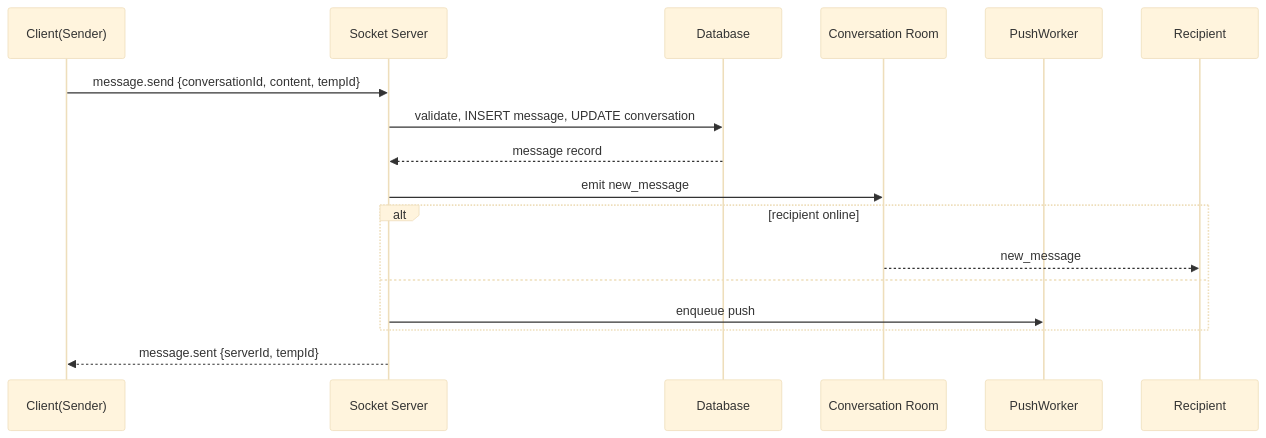
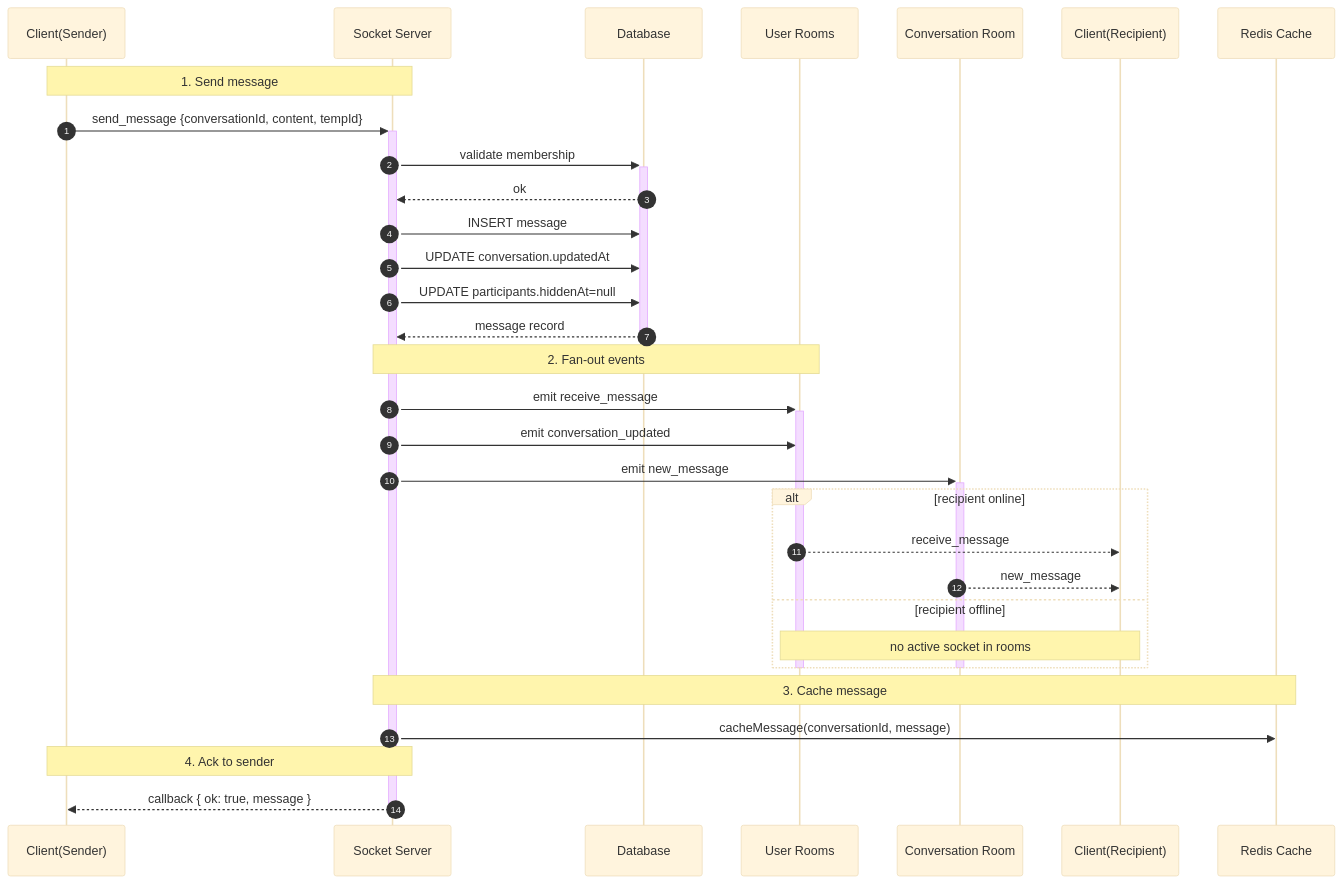
The first of 4 diagrams in docs/messaging.md (dinhhoang235/Chat-App), drawn with Mermaid (base theme) before and after one commit. The commit also changed other lines of this file and 12 other files, not shown here.

Commit message:
docs: enhance sequence diagrams with detailed notes for various features

````diff
--- a/docs/messaging.md
+++ b/docs/messaging.md
@@ -23,19 +23,40 @@
 ```mermaid
 sequenceDiagram
-  participant C as Client(Sender)
+  autonumber
+  participant U as Client(Sender)
   participant S as Socket Server
   participant DB as Database
+  participant Users as User Rooms
   participant Conv as Conversation Room
-  participant P as PushWorker
+  participant R as Client(Recipient)
+  participant Cache as Redis Cache
 
-  C->>S: message.send {conversationId, content, tempId}
-  S->>DB: validate, INSERT message, UPDATE conversation
-  DB-->>S: message record
-  S->>Conv: emit new_message
+  Note over U,S: 1. Send message
+  U->>+S: send_message {conversationId, content, tempId}
+  S->>+DB: validate membership
+  DB-->>S: ok
+  S->>DB: INSERT message
+  S->>DB: UPDATE conversation.updatedAt
+  S->>DB: UPDATE participants.hiddenAt=null
+  DB-->>-S: message record
+
+  Note over S,Users: 2. Fan-out events
+  S->>+Users: emit receive_message
+  S->>Users: emit conversation_updated
+  S->>+Conv: emit new_message
+
   alt recipient online
-    Conv-->>Recipient: new_message
-  else
-    S->>P: enqueue push
+    Users-->>R: receive_message
+    Conv-->>R: new_message
+  else recipient offline
+    Note over Users,R: no active socket in rooms
   end
-  S-->>C: message.sent {serverId, tempId}
+  deactivate Users
+  deactivate Conv
+
+  Note over S,Cache: 3. Cache message
+  S->>Cache: cacheMessage(conversationId, message)
+
+  Note over U,S: 4. Ack to sender
+  S-->>-U: callback { ok: true, message }
 ```
````
